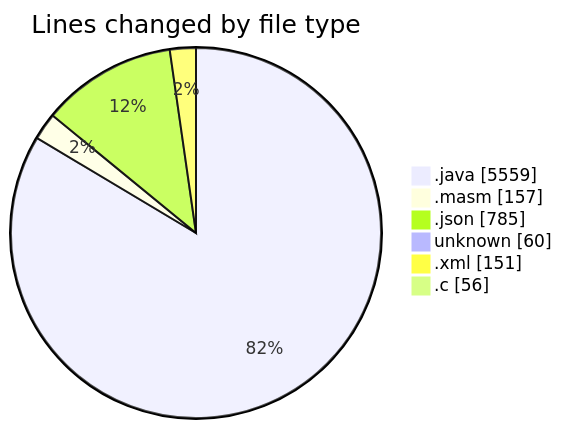
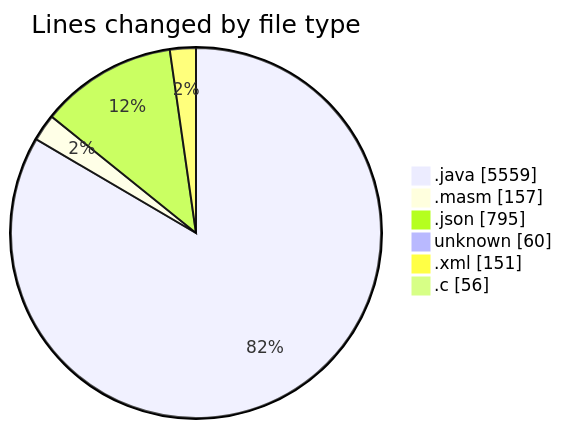
The first of 2 diagrams in 2025-02-19/masm/README.md (charlie-sans/code-tracking), drawn with Mermaid before and after one commit. The commit also changed other lines of this file and 1 other file, not shown here.

````diff
--- a/2025-02-19/masm/README.md
+++ b/2025-02-19/masm/README.md
@@ -43,10 +43,10 @@
 ```mermaid
 pie showData
 title Lines changed by file type
 ".java" : 5559
 ".masm" : 157
-".json" : 785
+".json" : 795
 "unknown" : 60
 ".xml" : 151
 ".c" : 56
 ```
````
